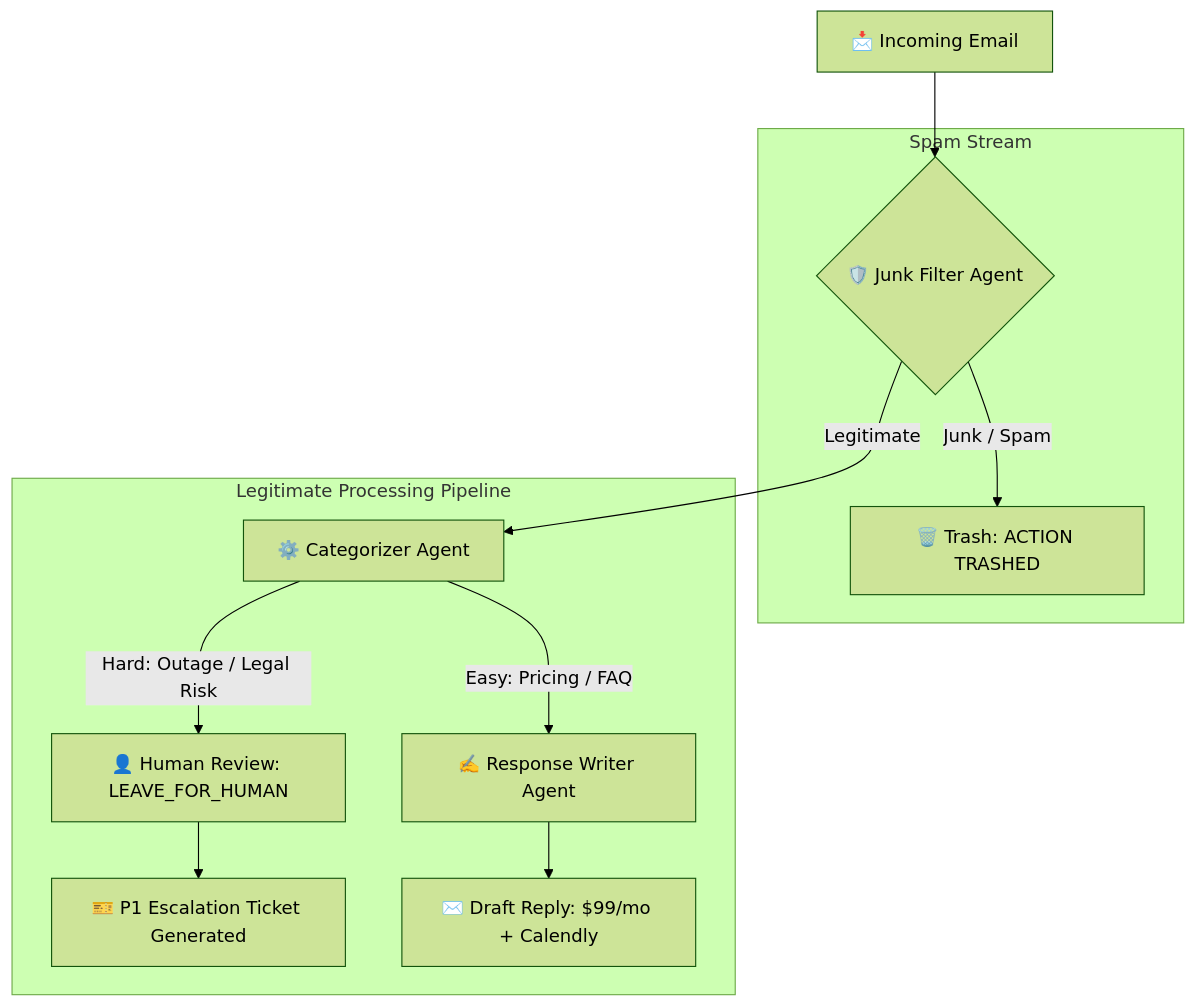
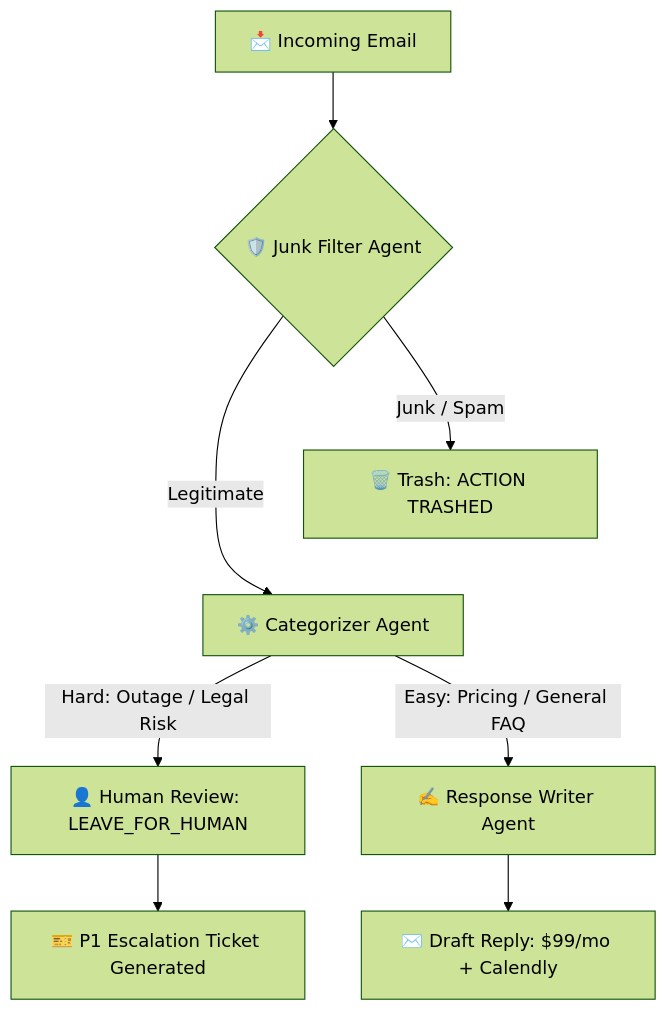
One commit to satyanarayana51115/autonomous-email-triage-agent changed the diagram in README.md. Above: the diagram before and after it, drawn with Mermaid (forest theme). The commit also changed other lines of this file, not shown here.

Commit message:
Enhance multi-agent architecture diagram
Updated the multi-agent architecture diagram in the README to include additional branching and outcomes.

````diff
--- a/README.md
+++ b/README.md
@@ -26,18 +25,19 @@
 ```mermaid
 flowchart TD
     A[📩 Incoming Email] --> B{🛡️ Junk Filter Agent}
     
-    subgraph S1 [Spam Stream]
-        B -->|Junk / Spam| C[🗑️ Trash: ACTION TRASHED]
-    end
-
-    subgraph S2 [Legitimate Processing Pipeline]
-        B -->|Legitimate| D[⚙️ Categorizer Agent]
-        
-        D -->|Hard: Outage / Legal Risk| E[👤 Human Review: LEAVE_FOR_HUMAN]
-        D -->|Easy: Pricing / FAQ| F[✍️ Response Writer Agent]
-        
-        E --> G[🎫 P1 Escalation Ticket Generated]
-        F --> H[✉️ Draft Reply: $99/mo + Calendly]
-    end
+    %% Branching
+    B -->|Junk / Spam| C[🗑️ Trash: ACTION TRASHED]
+    B -->|Legitimate| D[⚙️ Categorizer Agent]
+    
+    %% Spacer to keep trash away from escalation flow
+    C ~~~ D
+    
+    %% Second Tier Branching
+    D -->|Hard: Outage / Legal Risk| E[👤 Human Review: LEAVE_FOR_HUMAN]
+    D -->|Easy: Pricing / General FAQ| F[✍️ Response Writer Agent]
+    
+    %% Outcomes
+    E --> G[🎫 P1 Escalation Ticket Generated]
+    F --> H[✉️ Draft Reply: $99/mo + Calendly]
 ```
````
